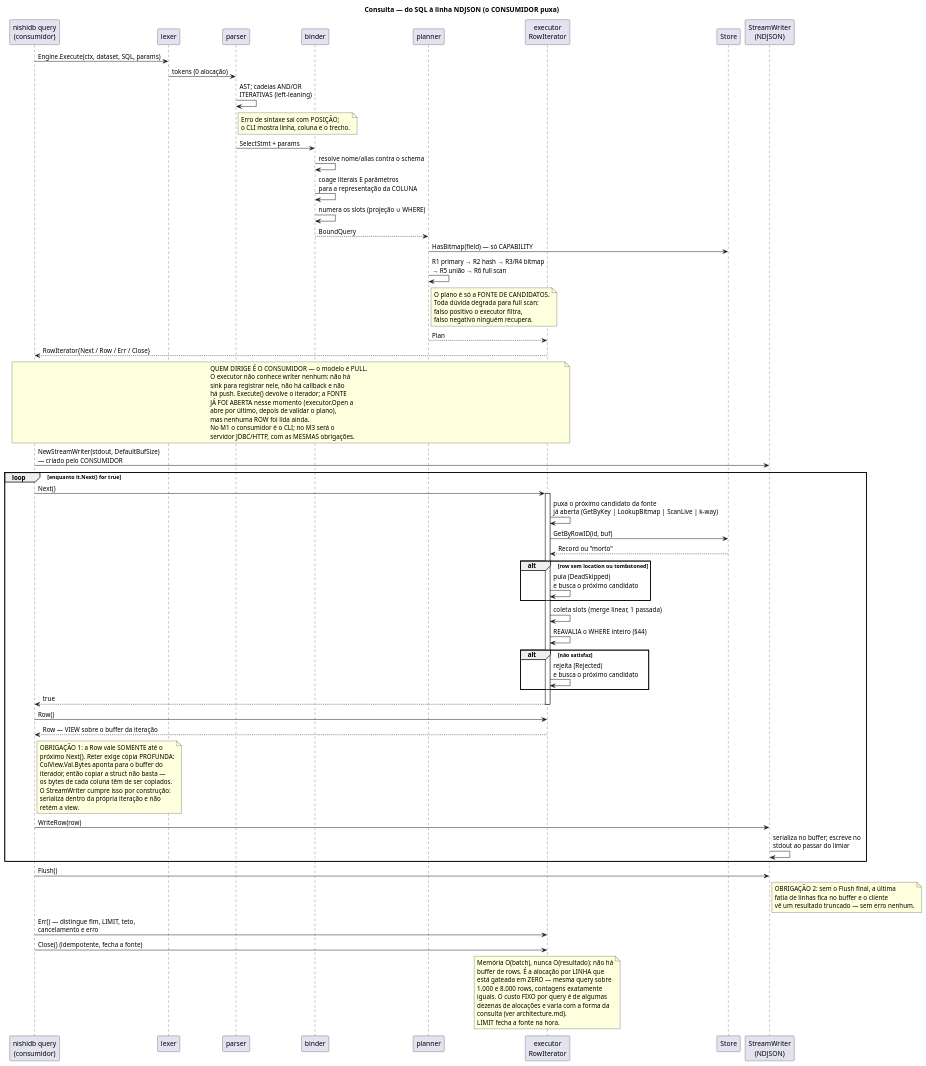
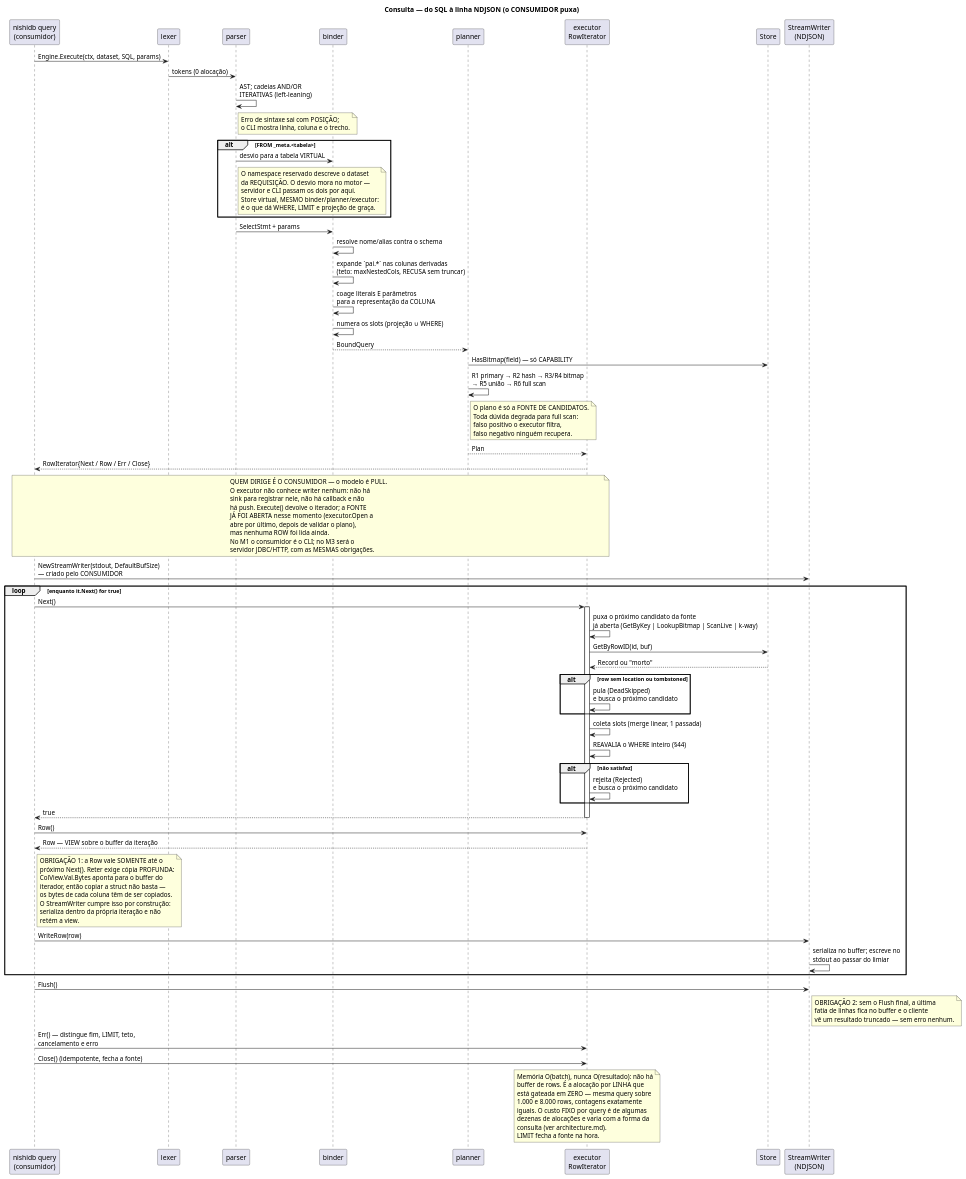
Before and after one commit to nishisan-dev/nishidb: the diagram in docs/diagrams/query_flow.puml, drawn with PlantUML. The commit also changed 2 other files, not shown here.

Commit message:
Documenta extração aninhada, teto de campos e _meta.fields
O DoD pede documentação e diagrama junto do código. Entra a seção de `extract`
no README com as cinco regras que valem a pena saber antes de declarar —
inclusive a que mais surpreende, a de que ipv4 não aceita bitmap e hash ainda
não tem motor —, o teto de campos com a política de estouro, e o namespace
`_meta`.

No architecture.md, os três blocos ficam onde a decisão vive: a segunda passada
e a regra de nunca propagar erro na ingestão, a tabela virtual na consulta, e o
backfill continua em "o que ainda não existe", agora dizendo por que a recusa
na abertura é a mesma para índice e para extração.

O query_flow ganha o desvio da tabela virtual e a expansão de `pai.*`.

```diff
--- a/docs/diagrams/query_flow.puml
+++ b/docs/diagrams/query_flow.puml
@@ -1,105 +1,117 @@
 @startuml query_flow
 title Consulta — do SQL à linha NDJSON (o CONSUMIDOR puxa)
 
 participant "nishidb query\n(consumidor)" as cli
 participant "lexer" as lex
 participant "parser" as par
 participant "binder" as bnd
 participant "planner" as pln
 participant "executor\nRowIterator" as exe
 participant "Store" as st
 participant "StreamWriter\n(NDJSON)" as w
 
 cli -> lex : Engine.Execute(ctx, dataset, SQL, params)
 lex -> par : tokens (0 alocação)
 par -> par : AST; cadeias AND/OR\nITERATIVAS (left-leaning)
 note right of par
   Erro de sintaxe sai com POSIÇÃO;
   o CLI mostra linha, coluna e o trecho.
 end note
 
+alt FROM _meta.<tabela>
+  par -> bnd : desvio para a tabela VIRTUAL
+  note right of par
+    O namespace reservado descreve o dataset
+    da REQUISIÇÃO. O desvio mora no motor —
+    servidor e CLI passam os dois por aqui.
+    Store virtual, MESMO binder/planner/executor:
+    é o que dá WHERE, LIMIT e projeção de graça.
+  end note
+end
+
 par -> bnd : SelectStmt + params
 bnd -> bnd : resolve nome/alias contra o schema
+bnd -> bnd : expande `pai.*` nas colunas derivadas\n(teto: maxNestedCols, RECUSA sem truncar)
 bnd -> bnd : coage literais E parâmetros\npara a representação da COLUNA
 bnd -> bnd : numera os slots (projeção ∪ WHERE)
 bnd --> pln : BoundQuery
 
 pln -> st : HasBitmap(field) — só CAPABILITY
 pln -> pln : R1 primary → R2 hash → R3/R4 bitmap\n→ R5 união → R6 full scan
 note right of pln
   O plano é só a FONTE DE CANDIDATOS.
   Toda dúvida degrada para full scan:
   falso positivo o executor filtra,
   falso negativo ninguém recupera.
 end note
 pln --> exe : Plan
 
 exe --> cli : RowIterator{Next / Row / Err / Close}
 note over cli, exe
   QUEM DIRIGE É O CONSUMIDOR — o modelo é PULL.
   O executor não conhece writer nenhum: não há
   sink para registrar nele, não há callback e não
   há push. Execute() devolve o iterador; a FONTE
   JÁ FOI ABERTA nesse momento (executor.Open a
   abre por último, depois de validar o plano),
   mas nenhuma ROW foi lida ainda.
   No M1 o consumidor é o CLI; no M3 será o
   servidor JDBC/HTTP, com as MESMAS obrigações.
 end note
 
 cli -> w : NewStreamWriter(stdout, DefaultBufSize)\n— criado pelo CONSUMIDOR
 
 loop enquanto it.Next() for true
   cli -> exe : Next()
   activate exe
   exe -> exe : puxa o próximo candidato da fonte\njá aberta (GetByKey | LookupBitmap | ScanLive | k-way)
   exe -> st : GetByRowID(id, buf)
   st --> exe : Record ou "morto"
   alt row sem location ou tombstoned
     exe -> exe : pula (DeadSkipped)\ne busca o próximo candidato
   end
   exe -> exe : coleta slots (merge linear, 1 passada)
   exe -> exe : REAVALIA o WHERE inteiro (§44)
   alt não satisfaz
     exe -> exe : rejeita (Rejected)\ne busca o próximo candidato
   end
   exe --> cli : true
   deactivate exe
 
   cli -> exe : Row()
   exe --> cli : Row — VIEW sobre o buffer da iteração
   note right of cli
     OBRIGAÇÃO 1: a Row vale SOMENTE até o
     próximo Next(). Reter exige cópia PROFUNDA:
     ColView.Val.Bytes aponta para o buffer do
     iterador, então copiar a struct não basta —
     os bytes de cada coluna têm de ser copiados.
     O StreamWriter cumpre isso por construção:
     serializa dentro da própria iteração e não
     retém a view.
   end note
   cli -> w : WriteRow(row)
   w -> w : serializa no buffer; escreve no\nstdout ao passar do limiar
 end
 
 cli -> w : Flush()
 note right of w
   OBRIGAÇÃO 2: sem o Flush final, a última
   fatia de linhas fica no buffer e o cliente
   vê um resultado truncado — sem erro nenhum.
 end note
 
 cli -> exe : Err() — distingue fim, LIMIT, teto,\ncancelamento e erro
 cli -> exe : Close() (idempotente, fecha a fonte)
 
 note over exe
   Memória O(batch), nunca O(resultado): não há
   buffer de rows. É a alocação por LINHA que
   está gateada em ZERO — mesma query sobre
   1.000 e 8.000 rows, contagens exatamente
   iguais. O custo FIXO por query é de algumas
   dezenas de alocações e varia com a forma da
   consulta (ver architecture.md).
   LIMIT fecha a fonte na hora.
 end note
 @enduml
```
